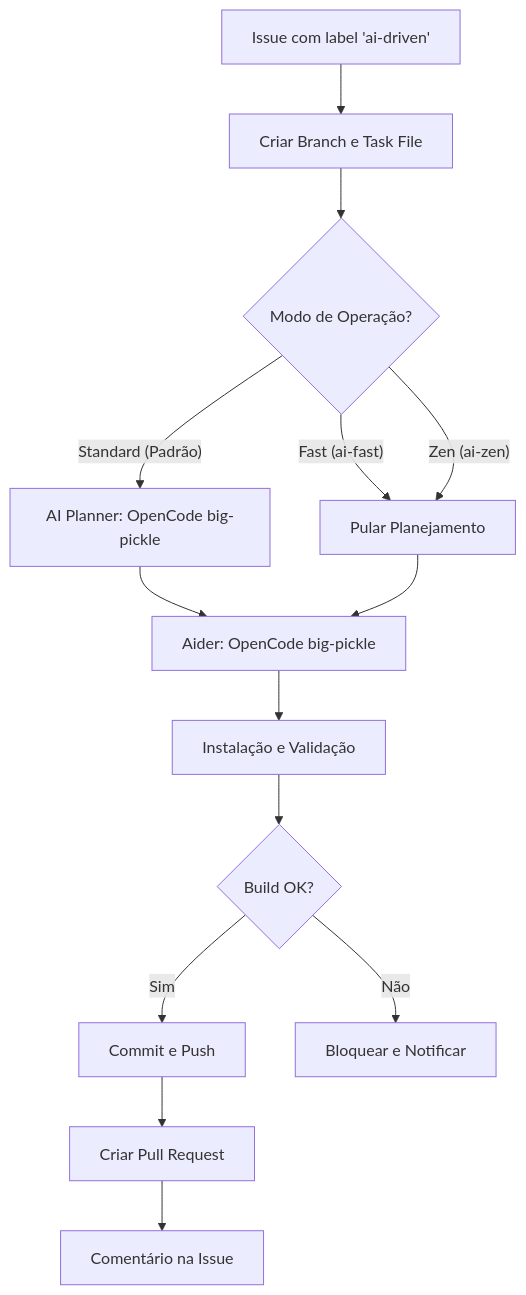
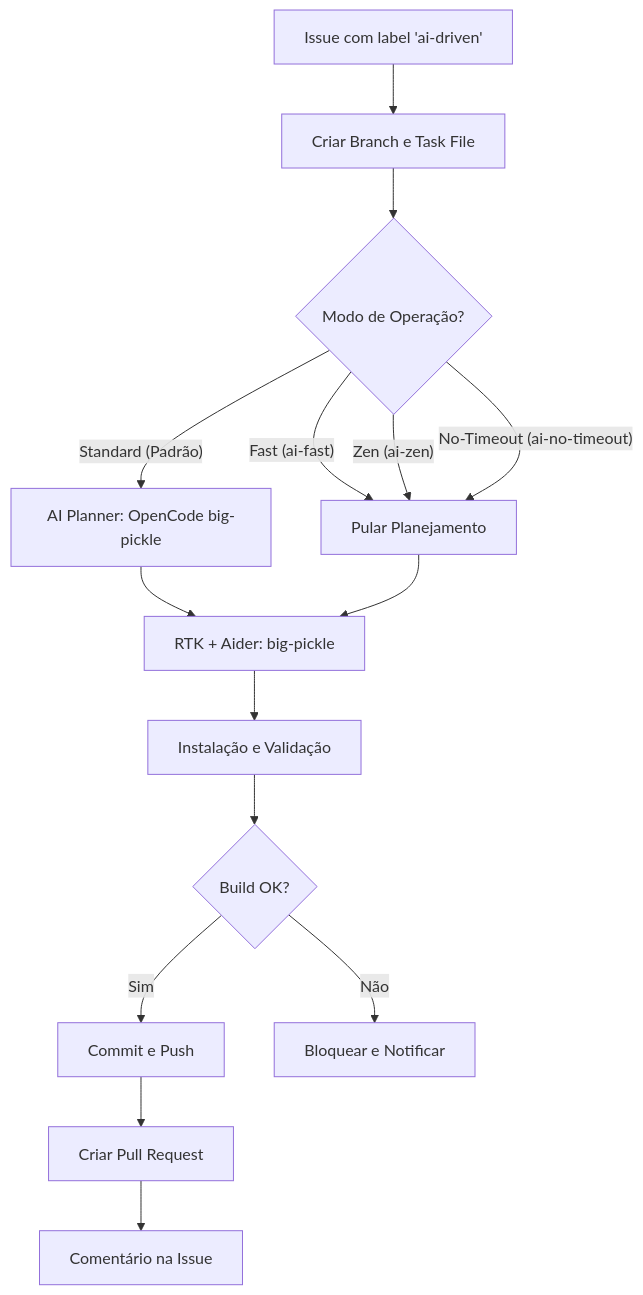
The diagram in ia/README.md (vibecodia/vibecodia-finances), drawn with Mermaid before and after one commit. The commit also changed other lines of this file and 2 other files, not shown here.

````diff
--- a/ia/README.md
+++ b/ia/README.md
@@ -7,21 +7,22 @@
 ```mermaid
 graph TD
     A[Issue com label 'ai-driven'] --> B[Criar Branch e Task File]
     B --> C{Modo de Operação?}
     
     C -- Standard (Padrão) --> D[AI Planner: OpenCode big-pickle]
     C -- Fast (ai-fast) --> E[Pular Planejamento]
     C -- Zen (ai-zen) --> E
+    C -- No-Timeout (ai-no-timeout) --> E
     
-    D --> F[Aider: OpenCode big-pickle]
+    D --> F[RTK + Aider: big-pickle]
     E --> F
     
     F --> G[Instalação e Validação]
     G --> H{Build OK?}
     
     H -- Sim --> I[Commit e Push]
     H -- Não --> J[Bloquear e Notificar]
     
     I --> K[Criar Pull Request]
     K --> L[Comentário na Issue]
 ```
````
